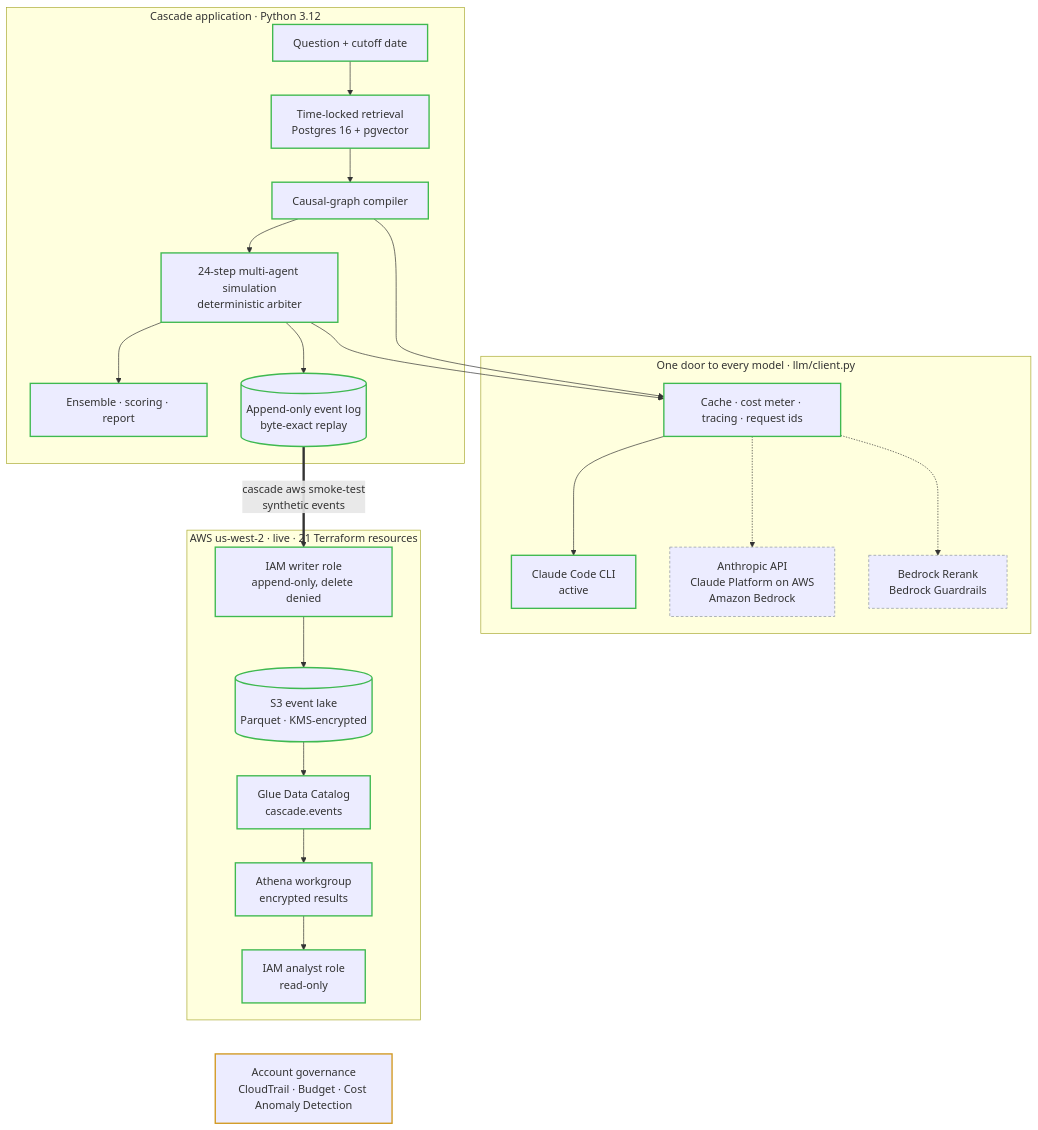
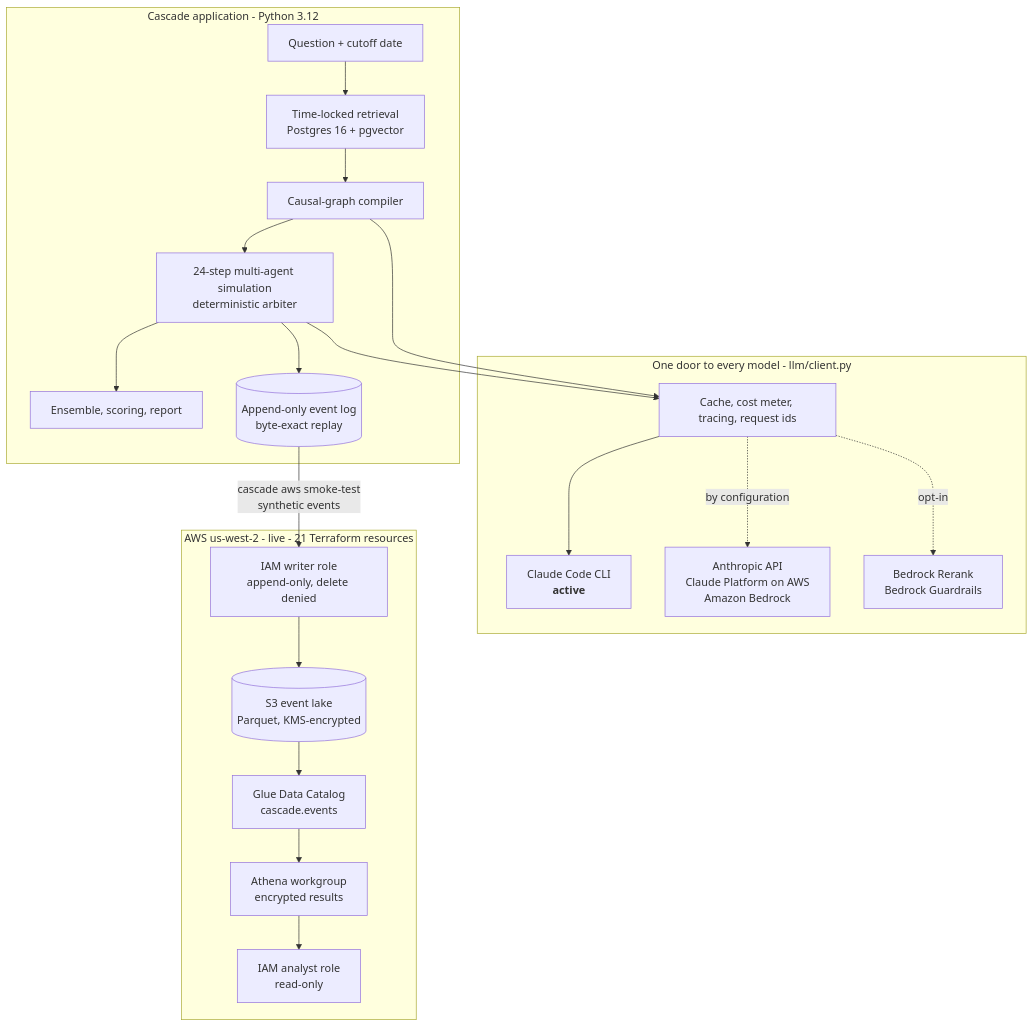
One commit to utkarsh430/cascade changed the diagram in README.md. Above: the diagram before and after it, drawn with Mermaid. The commit also changed other lines of this file and 3 other files, not shown here.

First line of the commit message:
docs: draw the smoke-test flow, and keep one Mermaid diagram GitHub renders

````diff
--- a/README.md
+++ b/README.md
@@ -91,38 +91,28 @@
 ```mermaid
 flowchart TB
-  subgraph APP["Cascade application · Python 3.12"]
+  subgraph APP["Cascade application - Python 3.12"]
     Q["Question + cutoff date"] --> R["Time-locked retrieval<br/>Postgres 16 + pgvector"]
     R --> G["Causal-graph compiler"]
     G --> SIM["24-step multi-agent simulation<br/>deterministic arbiter"]
-    SIM --> EV["Ensemble · scoring · report"]
+    SIM --> EV["Ensemble, scoring, report"]
     SIM --> LOG[("Append-only event log<br/>byte-exact replay")]
   end
 
-  subgraph LLM["One door to every model · llm/client.py"]
-    DOOR["Cache · cost meter · tracing · request ids"]
-    DOOR --> CLI["Claude Code CLI<br/>active"]
-    DOOR -.-> ALT["Anthropic API<br/>Claude Platform on AWS<br/>Amazon Bedrock"]
-    DOOR -.-> RG["Bedrock Rerank<br/>Bedrock Guardrails"]
+  subgraph LLM["One door to every model - llm/client.py"]
+    DOOR["Cache, cost meter, tracing, request ids"]
+    DOOR --> CLI["Claude Code CLI<br/><b>active</b>"]
+    DOOR -. "by configuration" .-> ALT["Anthropic API<br/>Claude Platform on AWS<br/>Amazon Bedrock"]
+    DOOR -. "opt-in" .-> RG["Bedrock Rerank<br/>Bedrock Guardrails"]
   end
 
-  subgraph AWS["AWS us-west-2 · live · 21 Terraform resources"]
-    W["IAM writer role<br/>append-only, delete denied"] --> S3[("S3 event lake<br/>Parquet · KMS-encrypted")]
+  subgraph AWS["AWS us-west-2 - live - 21 Terraform resources"]
+    W["IAM writer role<br/>append-only, delete denied"] --> S3[("S3 event lake<br/>Parquet, KMS-encrypted")]
     S3 --> GL["Glue Data Catalog<br/>cascade.events"]
     GL --> ATH["Athena workgroup<br/>encrypted results"]
     ATH --> AN["IAM analyst role<br/>read-only"]
   end
 
-  GOV["Account governance<br/>CloudTrail · Budget · Cost Anomaly Detection"]
-
   G --> DOOR
   SIM --> DOOR
-  LOG == "cascade aws smoke-test<br/>synthetic events" ==> W
-  AN ~~~ GOV
-
-  classDef live stroke:#3fb950,stroke-width:2px;
-  classDef ready stroke:#8b949e,stroke-dasharray:4 3;
-  classDef gov stroke:#d29922,stroke-width:2px;
-  class Q,R,G,SIM,EV,LOG,DOOR,CLI,W,S3,GL,ATH,AN live;
-  class ALT,RG ready;
-  class GOV gov;
+  LOG -->|"cascade aws smoke-test<br/>synthetic events"| W
 ```
````
